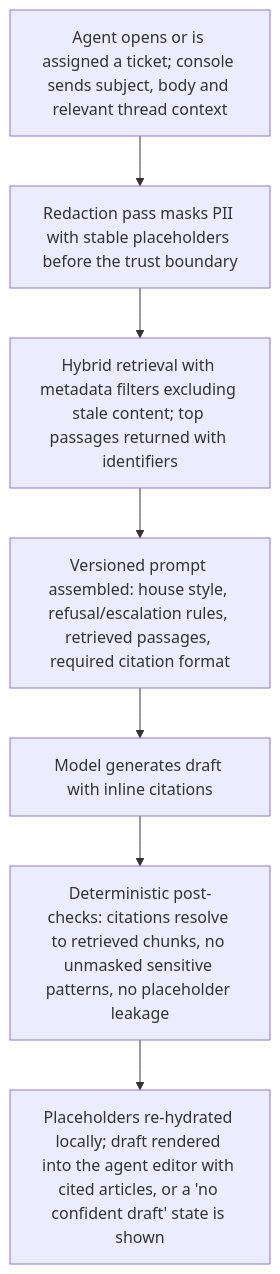
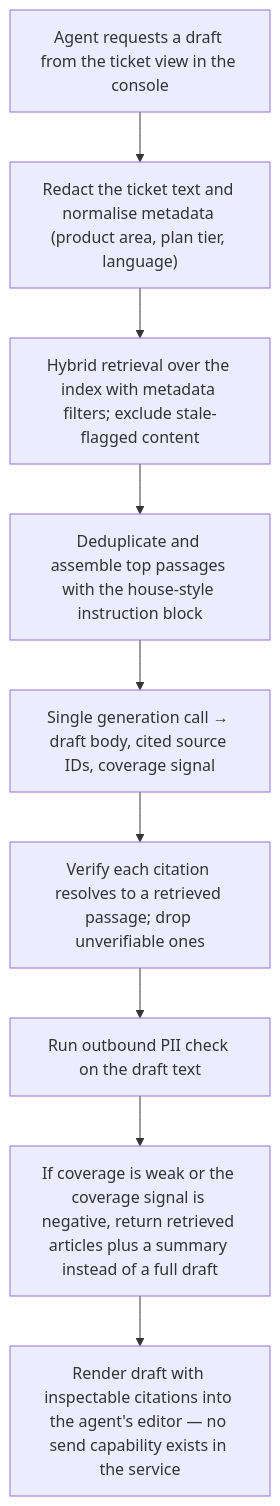
One commit to shanelabountyai/use-case-studio changed the second of 4 diagrams in docs/samples/support-ticket-deflection.md. Above: the diagram before and after it, drawn with Mermaid. The commit also changed other lines of this file and 3 other files, not shown here.

````diff
--- a/docs/samples/support-ticket-deflection.md
+++ b/docs/samples/support-ticket-deflection.md
@@ -98,16 +100,20 @@
 ```mermaid
 flowchart TD
-  n1_0["Agent opens or is assigned a ticket; console sends subject, body and relevant thread context"]
-  n1_1["Redaction pass masks PII with stable placeholders before the trust boundary"]
-  n1_2["Hybrid retrieval with metadata filters excluding stale content; top passages returned with identifiers"]
-  n1_3["Versioned prompt assembled: house style, refusal/escalation rules, retrieved passages, required citation format"]
-  n1_4["Model generates draft with inline citations"]
-  n1_5["Deterministic post-checks: citations resolve to retrieved chunks, no unmasked sensitive patterns, no placeholder leakage"]
-  n1_6["Placeholders re-hydrated locally; draft rendered into the agent editor with cited articles, or a 'no confident draft' state is shown"]
+  n1_0["Agent requests a draft from the ticket view in the console"]
+  n1_1["Redact the ticket text and normalise metadata (product area, plan tier, language)"]
+  n1_2["Hybrid retrieval over the index with metadata filters; exclude stale-flagged content"]
+  n1_3["Deduplicate and assemble top passages with the house-style instruction block"]
+  n1_4["Single generation call → draft body, cited source IDs, coverage signal"]
+  n1_5["Verify each citation resolves to a retrieved passage; drop unverifiable ones"]
+  n1_6["Run outbound PII check on the draft text"]
+  n1_7["If coverage is weak or the coverage signal is negative, return retrieved articles plus a summary instead of a full draft"]
+  n1_8["Render draft with inspectable citations into the agent's editor — no send capability exists in the service"]
   n1_0 --> n1_1
   n1_1 --> n1_2
   n1_2 --> n1_3
   n1_3 --> n1_4
   n1_4 --> n1_5
   n1_5 --> n1_6
+  n1_6 --> n1_7
+  n1_7 --> n1_8
 ```
````
